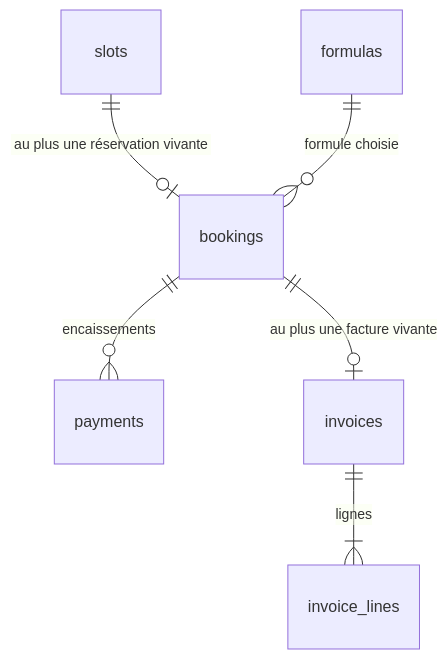
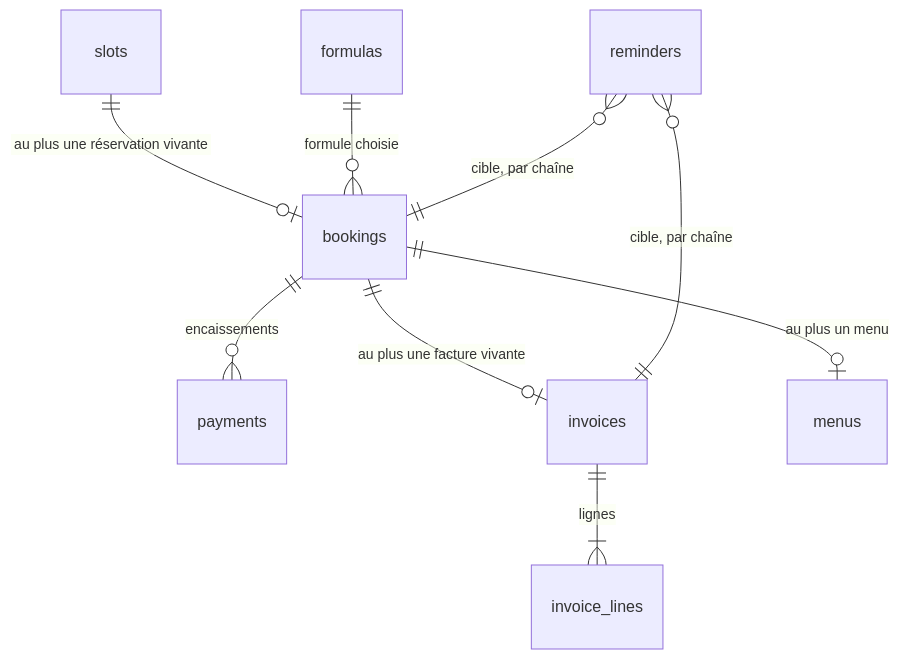
Before and after one commit to AlbanMontaigu/chef: the second of 7 diagrams in docs/architecture.md, drawn with Mermaid. The commit also changed other lines of this file and 2 other files, not shown here.

````diff
--- a/docs/architecture.md
+++ b/docs/architecture.md
@@ -41,8 +53,11 @@
 ```mermaid
 erDiagram
     slots ||--o| bookings : "au plus une réservation vivante"
     formulas ||--o{ bookings : "formule choisie"
     bookings ||--o{ payments : "encaissements"
     bookings ||--o| invoices : "au plus une facture vivante"
+    bookings ||--o| menus : "au plus un menu"
     invoices ||--|{ invoice_lines : "lignes"
+    reminders }o--|| bookings : "cible, par chaîne"
+    reminders }o--|| invoices : "cible, par chaîne"
 ```
````
